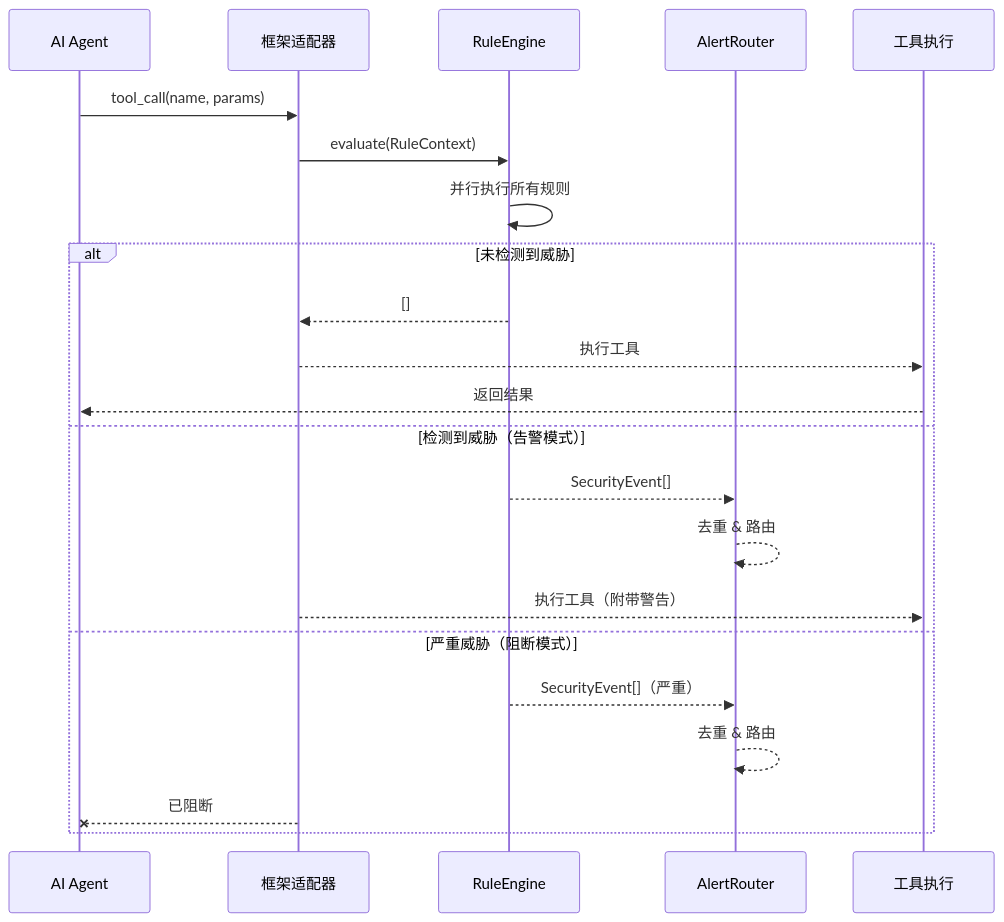
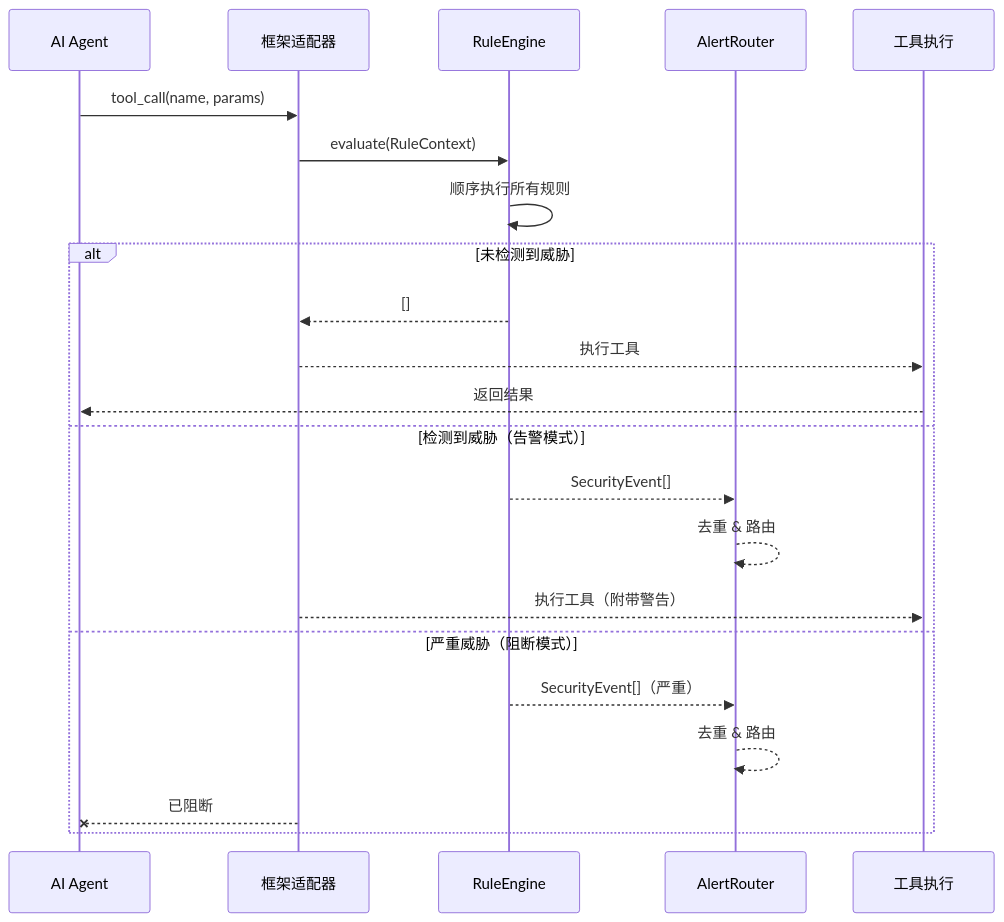
One commit to yeasy/carapace changed the third of 4 diagrams in README.zh-CN.md. Above: the diagram before and after it, drawn with Mermaid. The commit also changed other lines of this file and 1 other file, not shown here.

````diff
--- a/README.zh-CN.md
+++ b/README.zh-CN.md
@@ -306,25 +306,25 @@
 ```mermaid
 sequenceDiagram
     participant Agent as AI Agent
     participant Adapter as 框架适配器
     participant Engine as RuleEngine
     participant Alert as AlertRouter
     participant Tool as 工具执行
 
     Agent->>Adapter: tool_call(name, params)
     Adapter->>Engine: evaluate(RuleContext)
-    Engine->>Engine: 并行执行所有规则
+    Engine->>Engine: 顺序执行所有规则
     alt 未检测到威胁
         Engine-->>Adapter: []
         Adapter-->>Tool: 执行工具
         Tool-->>Agent: 返回结果
     else 检测到威胁（告警模式）
         Engine-->>Alert: SecurityEvent[]
         Alert-->>Alert: 去重 & 路由
         Adapter-->>Tool: 执行工具（附带警告）
     else 严重威胁（阻断模式）
         Engine-->>Alert: SecurityEvent[]（严重）
         Alert-->>Alert: 去重 & 路由
         Adapter--xAgent: 已阻断
     end
 ```
````
